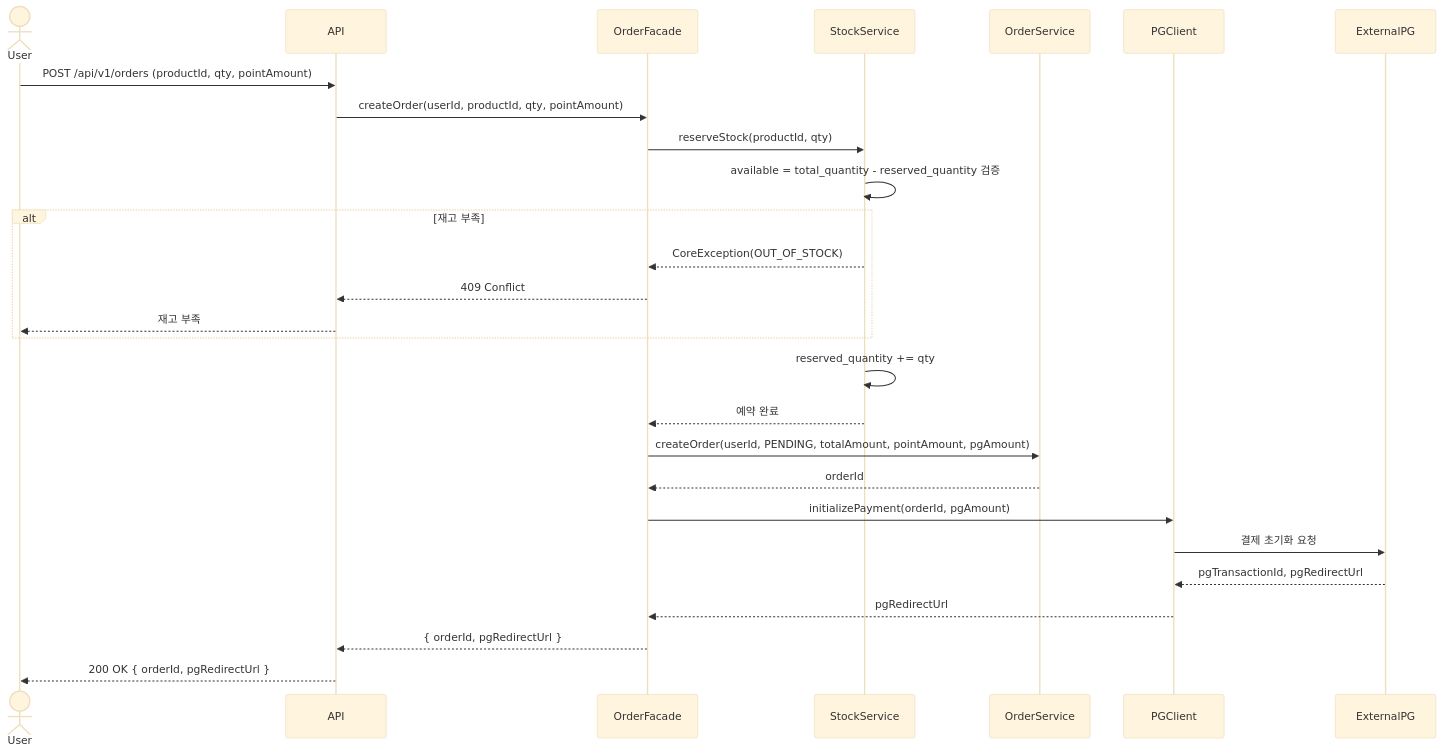
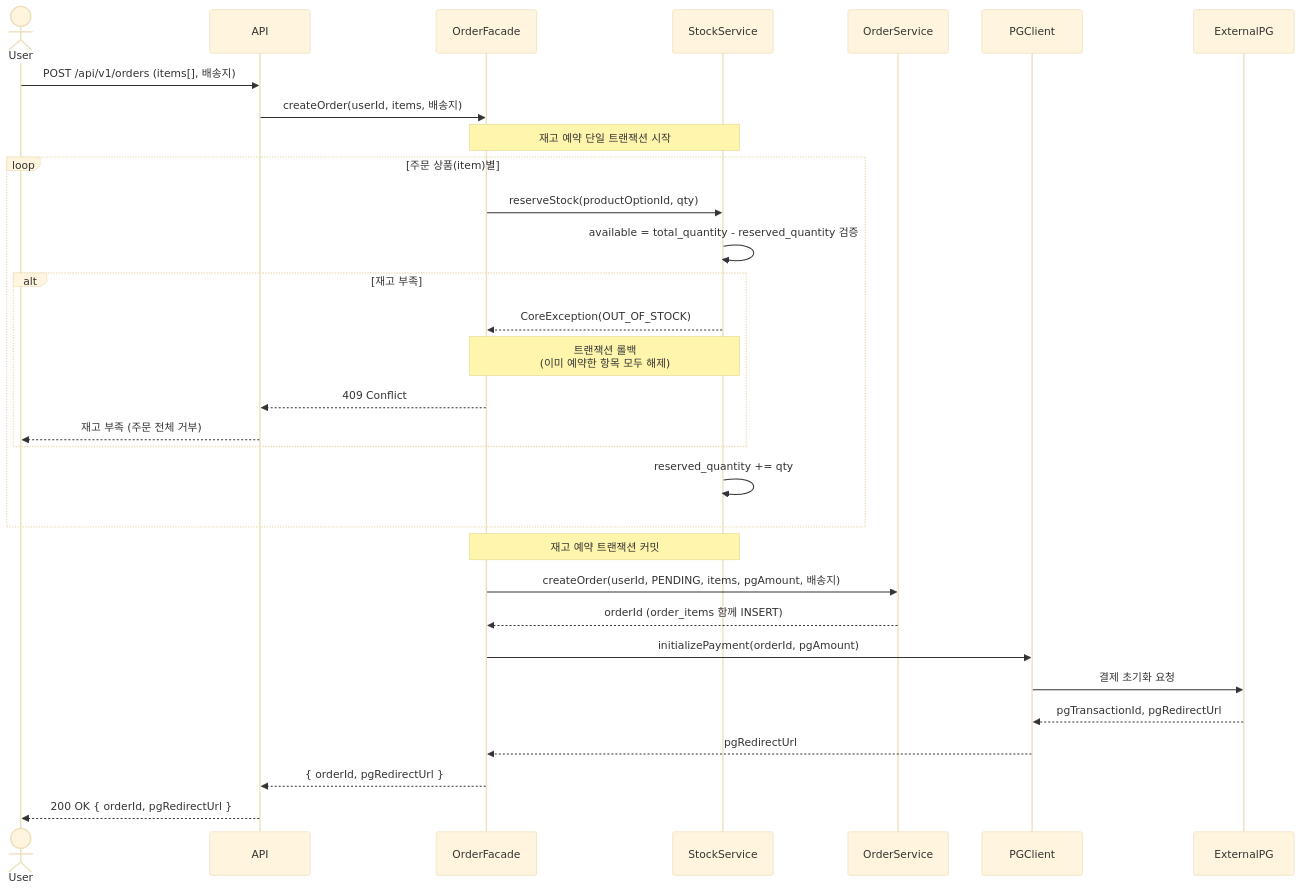
The first of 7 diagrams in .docs/design/02-sequence-diagrams.md (loopers-labs/loop-pack-be-l2-vol4-java), drawn with Mermaid (base theme) before and after one commit. The commit also changed other lines of this file and 3 other files, not shown here.

````diff
--- a/.docs/design/02-sequence-diagrams.md
+++ b/.docs/design/02-sequence-diagrams.md
@@ -8,36 +8,40 @@
 ```mermaid
 sequenceDiagram
     actor User
     participant API
     participant OrderFacade
     participant StockService
     participant OrderService
     participant PGClient
     participant ExternalPG
 
-    User->>API: POST /api/v1/orders (productId, qty, pointAmount)
-    API->>OrderFacade: createOrder(userId, productId, qty, pointAmount)
+    User->>API: POST /api/v1/orders (items[], 배송지)
+    API->>OrderFacade: createOrder(userId, items, 배송지)
 
-    OrderFacade->>StockService: reserveStock(productId, qty)
-    StockService->>StockService: available = total_quantity - reserved_quantity 검증
+    Note over OrderFacade, StockService: 재고 예약 단일 트랜잭션 시작
+    loop 주문 상품(item)별
+        OrderFacade->>StockService: reserveStock(productOptionId, qty)
+        StockService->>StockService: available = total_quantity - reserved_quantity 검증
 
-    alt 재고 부족
-        StockService-->>OrderFacade: CoreException(OUT_OF_STOCK)
-        OrderFacade-->>API: 409 Conflict
-        API-->>User: 재고 부족
+        alt 재고 부족
+            StockService-->>OrderFacade: CoreException(OUT_OF_STOCK)
+            Note over OrderFacade, StockService: 트랜잭션 롤백<br/>(이미 예약한 항목 모두 해제)
+            OrderFacade-->>API: 409 Conflict
+            API-->>User: 재고 부족 (주문 전체 거부)
+        end
+
+        StockService->>StockService: reserved_quantity += qty
     end
+    Note over OrderFacade, StockService: 재고 예약 트랜잭션 커밋
 
-    StockService->>StockService: reserved_quantity += qty
-    StockService-->>OrderFacade: 예약 완료
-
-    OrderFacade->>OrderService: createOrder(userId, PENDING, totalAmount, pointAmount, pgAmount)
-    OrderService-->>OrderFacade: orderId
+    OrderFacade->>OrderService: createOrder(userId, PENDING, items, pgAmount, 배송지)
+    OrderService-->>OrderFacade: orderId (order_items 함께 INSERT)
 
     OrderFacade->>PGClient: initializePayment(orderId, pgAmount)
     PGClient->>ExternalPG: 결제 초기화 요청
     ExternalPG-->>PGClient: pgTransactionId, pgRedirectUrl
     PGClient-->>OrderFacade: pgRedirectUrl
 
     OrderFacade-->>API: { orderId, pgRedirectUrl }
     API-->>User: 200 OK { orderId, pgRedirectUrl }
 ```
````
